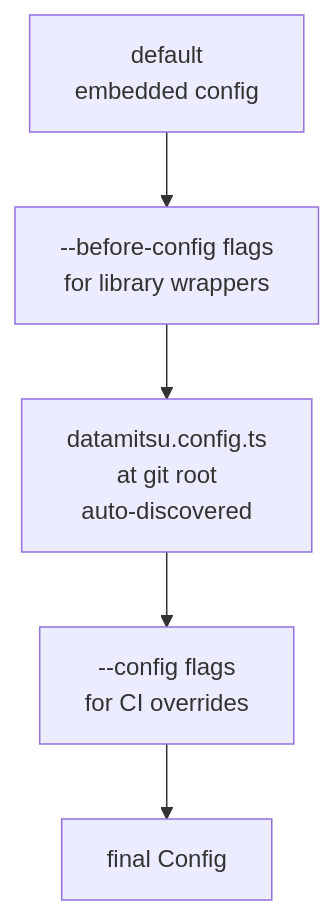
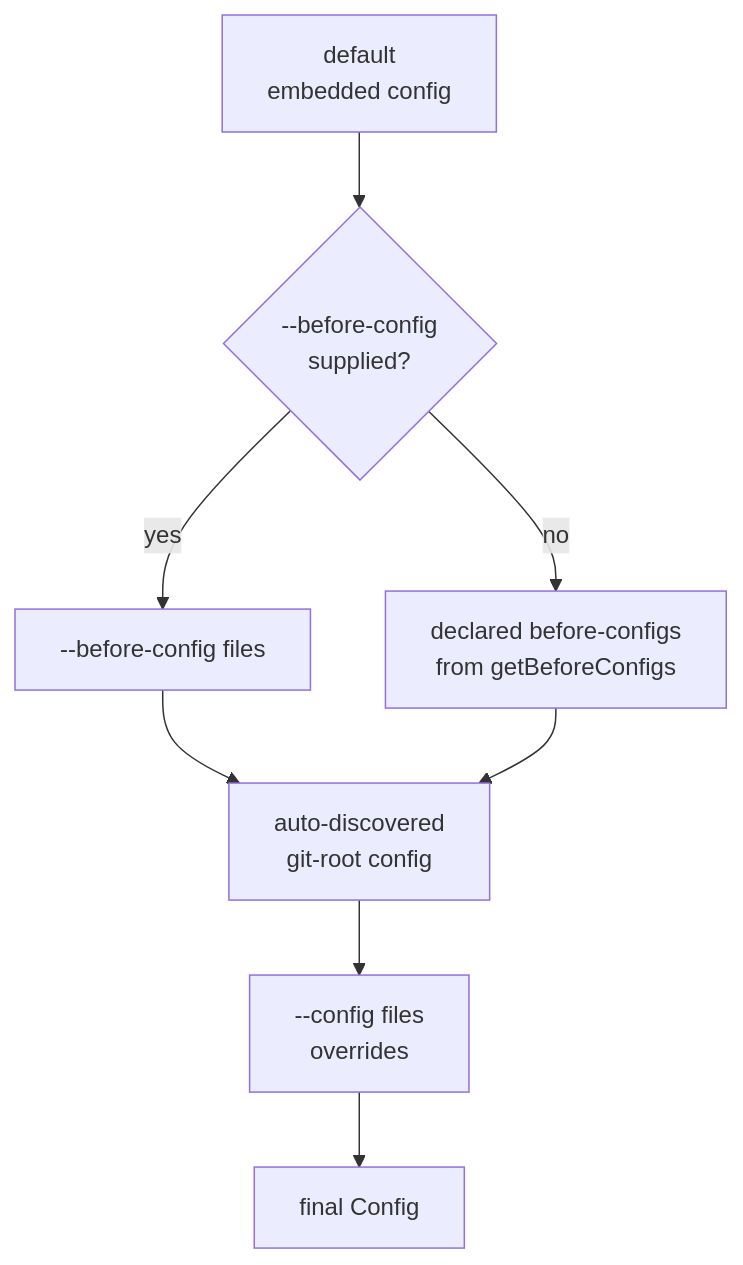
The diagram in website/docs/getting-started/quick-start.md (datamitsu/datamitsu), drawn with Mermaid before and after one commit. The commit also changed other lines of this file and 72 other files, not shown here.

````diff
--- a/website/docs/getting-started/quick-start.md
+++ b/website/docs/getting-started/quick-start.md
@@ -155,7 +159,10 @@
 ```mermaid
 graph TD
-    A[default<br/>embedded config] --> B[--before-config flags<br/>for library wrappers]
-    B --> C[datamitsu.config.ts<br/>at git root<br/>auto-discovered]
-    C --> D[--config flags<br/>for CI overrides]
-    D --> E[final Config]
+    A[default<br/>embedded config] --> B{"--before-config<br/>supplied?"}
+    B -->|yes| C[--before-config files]
+    B -->|no| D[declared before-configs<br/>from getBeforeConfigs]
+    C --> E[auto-discovered<br/>git-root config]
+    D --> E
+    E --> F[--config files<br/>overrides]
+    F --> G[final Config]
 ```
````
